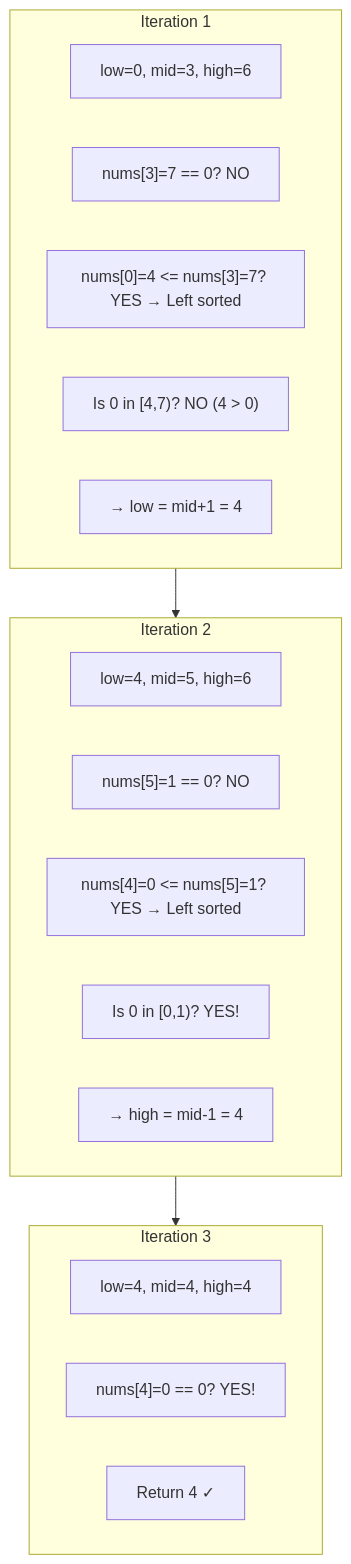
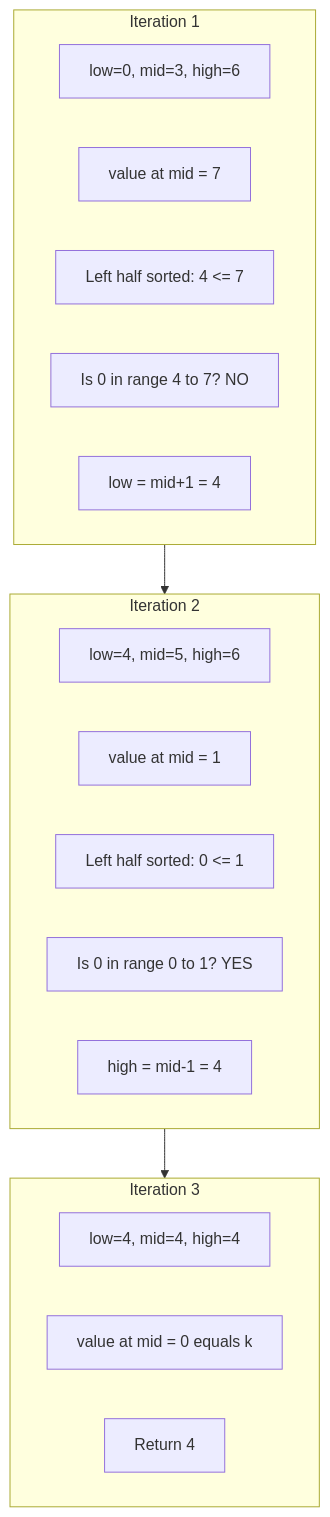
Diagram 13 of 14 in dsa/Advanced/04-Binary search/02-logic-building/logic-building-1.md (pentoshi007/tuf), drawn with Mermaid before and after one commit. The commit also changed other lines of this file and 1 other file, not shown here.

First line of the commit message:
Fix Mermaid diagram syntax for GitHub compatibility

````diff
--- a/dsa/Advanced/04-Binary search/02-logic-building/logic-building-1.md
+++ b/dsa/Advanced/04-Binary search/02-logic-building/logic-building-1.md
@@ -718,26 +720,26 @@
 ```mermaid
 flowchart TB
     subgraph Iter1["Iteration 1"]
         A1["low=0, mid=3, high=6"]
-        A2["nums[3]=7 == 0? NO"]
-        A3["nums[0]=4 <= nums[3]=7? YES → Left sorted"]
-        A4["Is 0 in [4,7)? NO (4 > 0)"]
-        A5["→ low = mid+1 = 4"]
+        A2["value at mid = 7"]
+        A3["Left half sorted: 4 <= 7"]
+        A4["Is 0 in range 4 to 7? NO"]
+        A5["low = mid+1 = 4"]
     end
     
     subgraph Iter2["Iteration 2"]
         B1["low=4, mid=5, high=6"]
-        B2["nums[5]=1 == 0? NO"]
-        B3["nums[4]=0 <= nums[5]=1? YES → Left sorted"]
-        B4["Is 0 in [0,1)? YES!"]
-        B5["→ high = mid-1 = 4"]
+        B2["value at mid = 1"]
+        B3["Left half sorted: 0 <= 1"]
+        B4["Is 0 in range 0 to 1? YES"]
+        B5["high = mid-1 = 4"]
     end
     
     subgraph Iter3["Iteration 3"]
         C1["low=4, mid=4, high=4"]
-        C2["nums[4]=0 == 0? YES!"]
-        C3["Return 4 ✓"]
+        C2["value at mid = 0 equals k"]
+        C3["Return 4"]
     end
     
     Iter1 --> Iter2 --> Iter3
 ```
````
